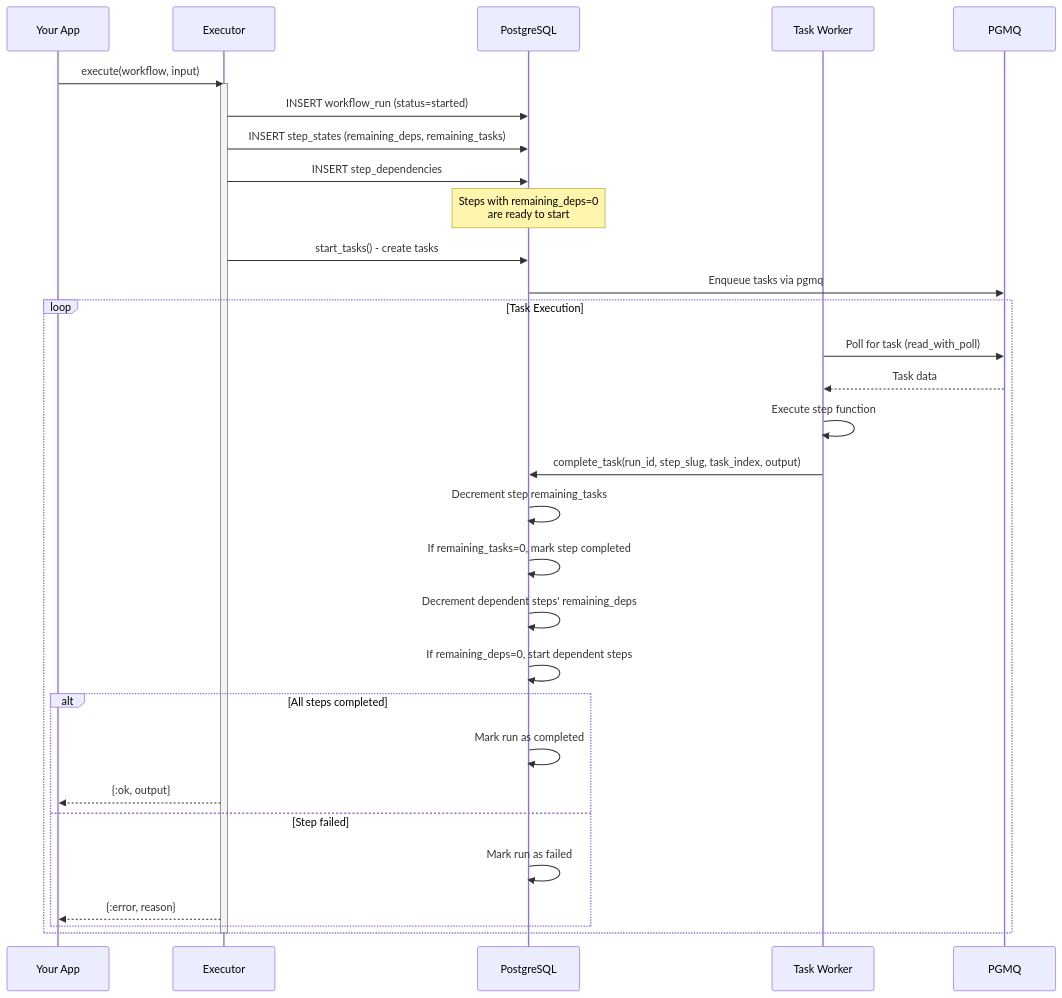
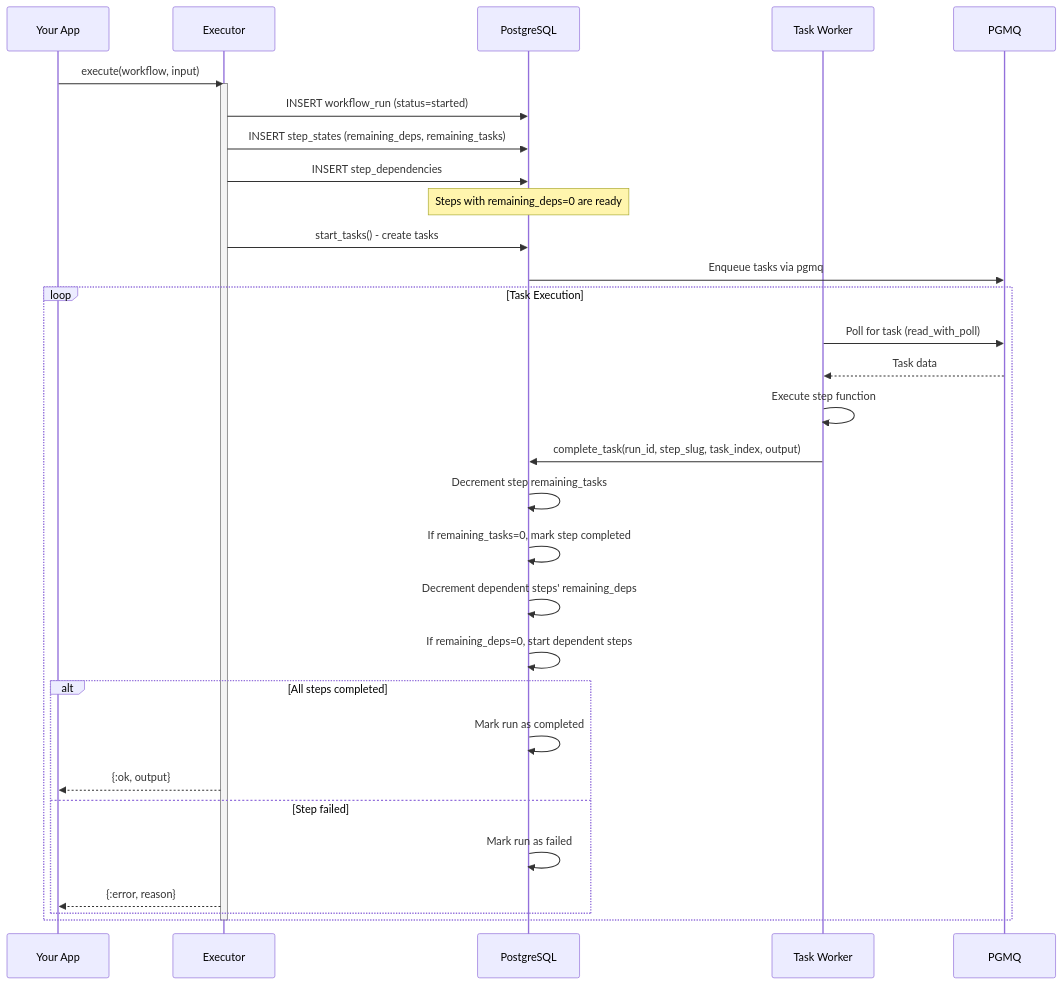
One commit to Singularity-ng/singularity-workflows changed the second of 3 diagrams in README.md. Above: the diagram before and after it, drawn with Mermaid. The commit also changed other lines of this file and 4 other files, not shown here.

First line of the commit message:
Fix Mermaid diagrams in README and complete test suite implementation

````diff
--- a/README.md
+++ b/README.md
@@ -64,41 +64,41 @@
 ```mermaid
 sequenceDiagram
     participant App as Your App
     participant Executor
     participant DB as PostgreSQL
     participant Worker as Task Worker
 
     App->>Executor: execute(workflow, input)
     activate Executor
 
     Executor->>DB: INSERT workflow_run (status=started)
     Executor->>DB: INSERT step_states (remaining_deps, remaining_tasks)
     Executor->>DB: INSERT step_dependencies
 
-    Note over DB: Steps with remaining_deps=0<br/>are ready to start
+    Note over DB: Steps with remaining_deps=0 are ready
 
     Executor->>DB: start_tasks() - create tasks
     DB->>PGMQ: Enqueue tasks via pgmq
 
     loop Task Execution
         Worker->>PGMQ: Poll for task (read_with_poll)
         PGMQ-->>Worker: Task data
         Worker->>Worker: Execute step function
         Worker->>DB: complete_task(run_id, step_slug, task_index, output)
 
         DB->>DB: Decrement step remaining_tasks
         DB->>DB: If remaining_tasks=0, mark step completed
         DB->>DB: Decrement dependent steps' remaining_deps
         DB->>DB: If remaining_deps=0, start dependent steps
 
         alt All steps completed
             DB->>DB: Mark run as completed
             Executor-->>App: {:ok, output}
         else Step failed
             DB->>DB: Mark run as failed
             Executor-->>App: {:error, reason}
         end
     end
 
     deactivate Executor
 ```
````
